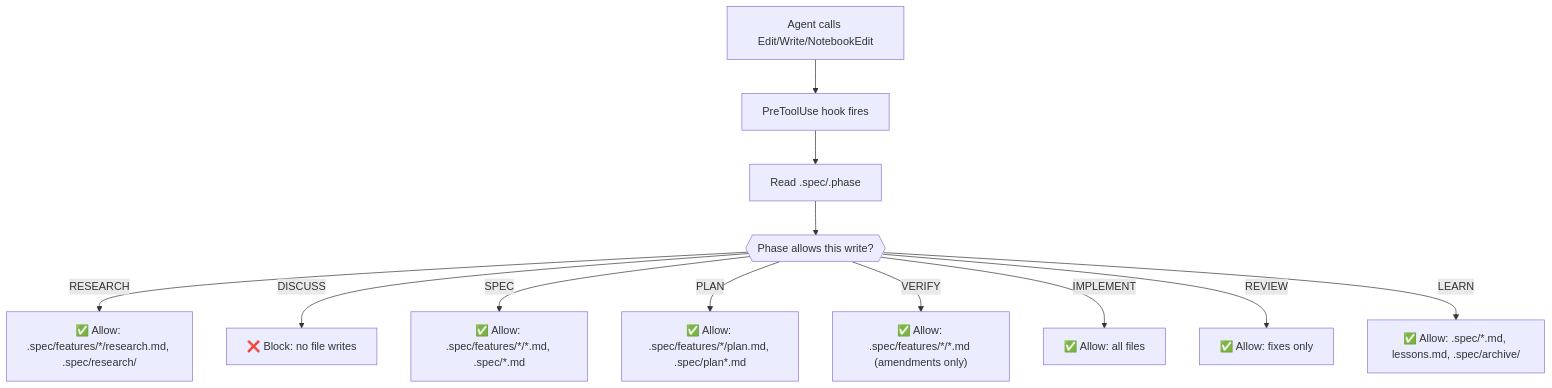
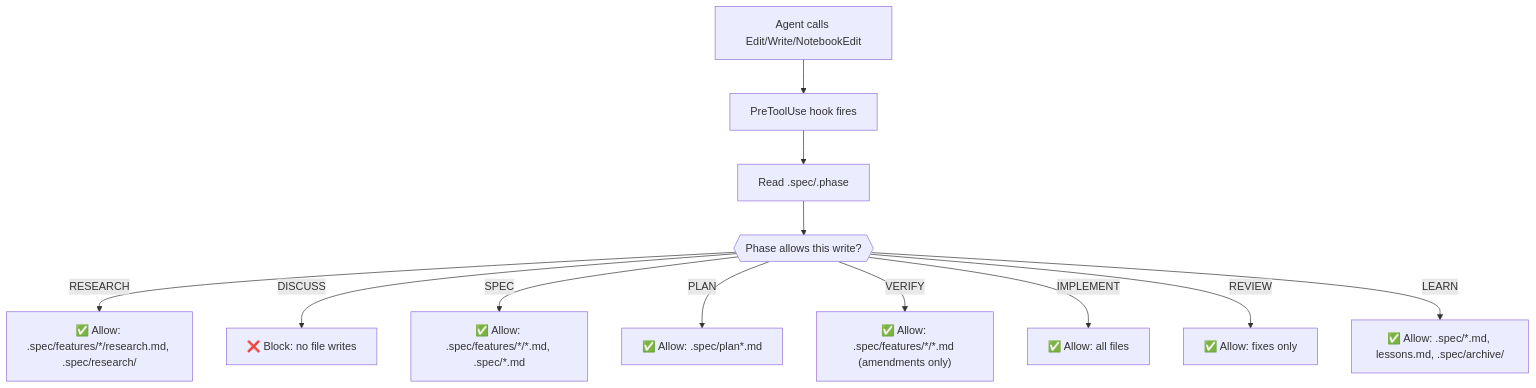
Before and after one commit to LennardZuendorf/vibe: the eighth of 11 diagrams in .spec/product-design.md, drawn with Mermaid. The commit also changed other lines of this file and 1 other file, not shown here.

````diff
--- a/.spec/product-design.md
+++ b/.spec/product-design.md
@@ -301,15 +363,15 @@
 ```mermaid
 flowchart TD
     TOOL["Agent calls Edit/Write/NotebookEdit"] --> HOOK["PreToolUse hook fires"]
     HOOK --> READ_PHASE["Read .spec/.phase"]
     READ_PHASE --> CHECK{{"Phase allows this write?"}}
 
     CHECK -->|"RESEARCH"| ALLOW_R["✅ Allow: .spec/features/*/research.md, .spec/research/"]
     CHECK -->|"DISCUSS"| BLOCK_D["❌ Block: no file writes"]
     CHECK -->|"SPEC"| ALLOW_S["✅ Allow: .spec/features/*/*.md, .spec/*.md"]
-    CHECK -->|"PLAN"| ALLOW_P["✅ Allow: .spec/features/*/plan.md, .spec/plan*.md"]
+    CHECK -->|"PLAN"| ALLOW_P["✅ Allow: .spec/plan*.md"]
     CHECK -->|"VERIFY"| ALLOW_V["✅ Allow: .spec/features/*/*.md (amendments only)"]
     CHECK -->|"IMPLEMENT"| ALLOW_I["✅ Allow: all files"]
     CHECK -->|"REVIEW"| ALLOW_FIX["✅ Allow: fixes only"]
     CHECK -->|"LEARN"| ALLOW_L["✅ Allow: .spec/*.md, lessons.md, .spec/archive/"]
 ```
````
